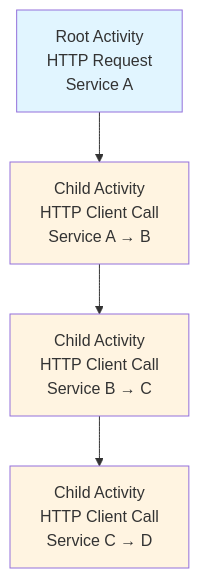
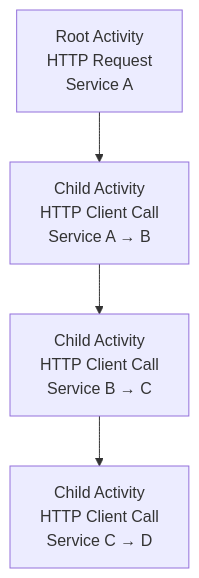
The sixth of 8 diagrams in docs/agents/architecture.md (whitebeardit/traceability), drawn with Mermaid before and after one commit. The commit also changed other lines of this file and 21 other files, not shown here.

````diff
--- a/docs/agents/architecture.md
+++ b/docs/agents/architecture.md
@@ -191,11 +186,6 @@
 ```mermaid
 graph TD
     Root[Root Activity<br/>HTTP Request<br/>Service A] --> Child1[Child Activity<br/>HTTP Client Call<br/>Service A → B]
     Child1 --> Child2[Child Activity<br/>HTTP Client Call<br/>Service B → C]
     Child2 --> Child3[Child Activity<br/>HTTP Client Call<br/>Service C → D]
-    
-    style Root fill:#e1f5ff
-    style Child1 fill:#fff4e1
-    style Child2 fill:#fff4e1
-    style Child3 fill:#fff4e1
 ```
````
